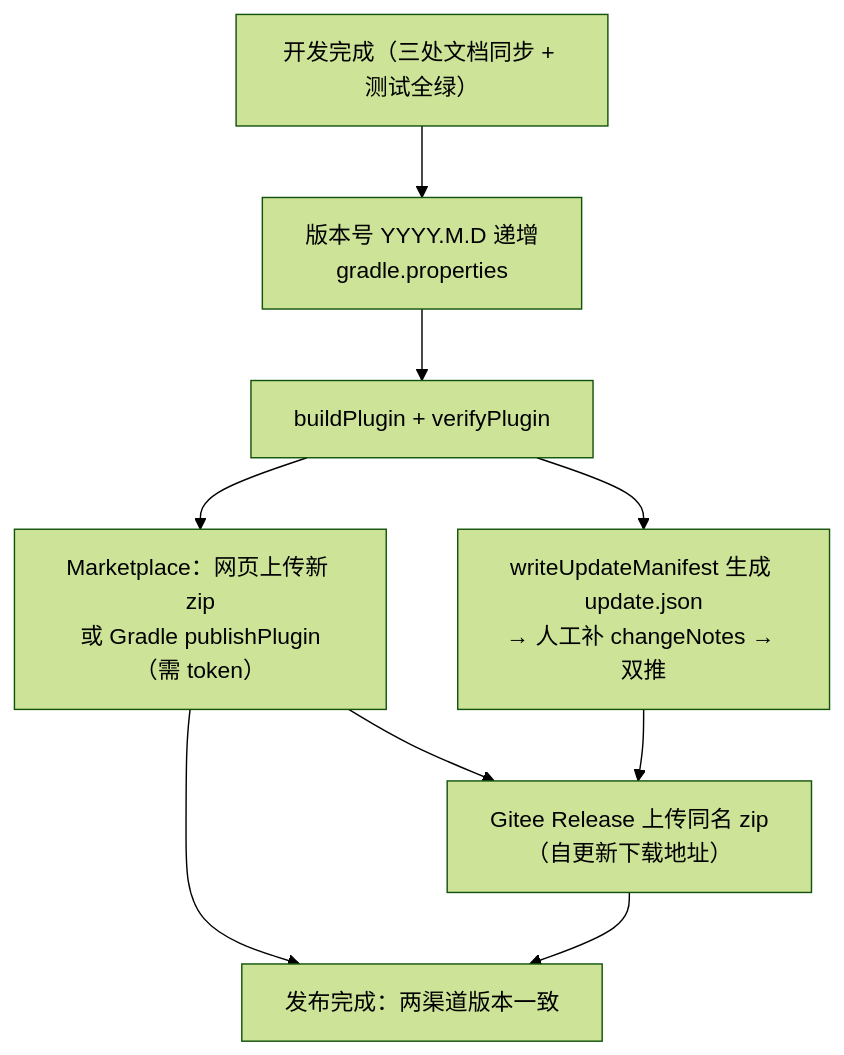
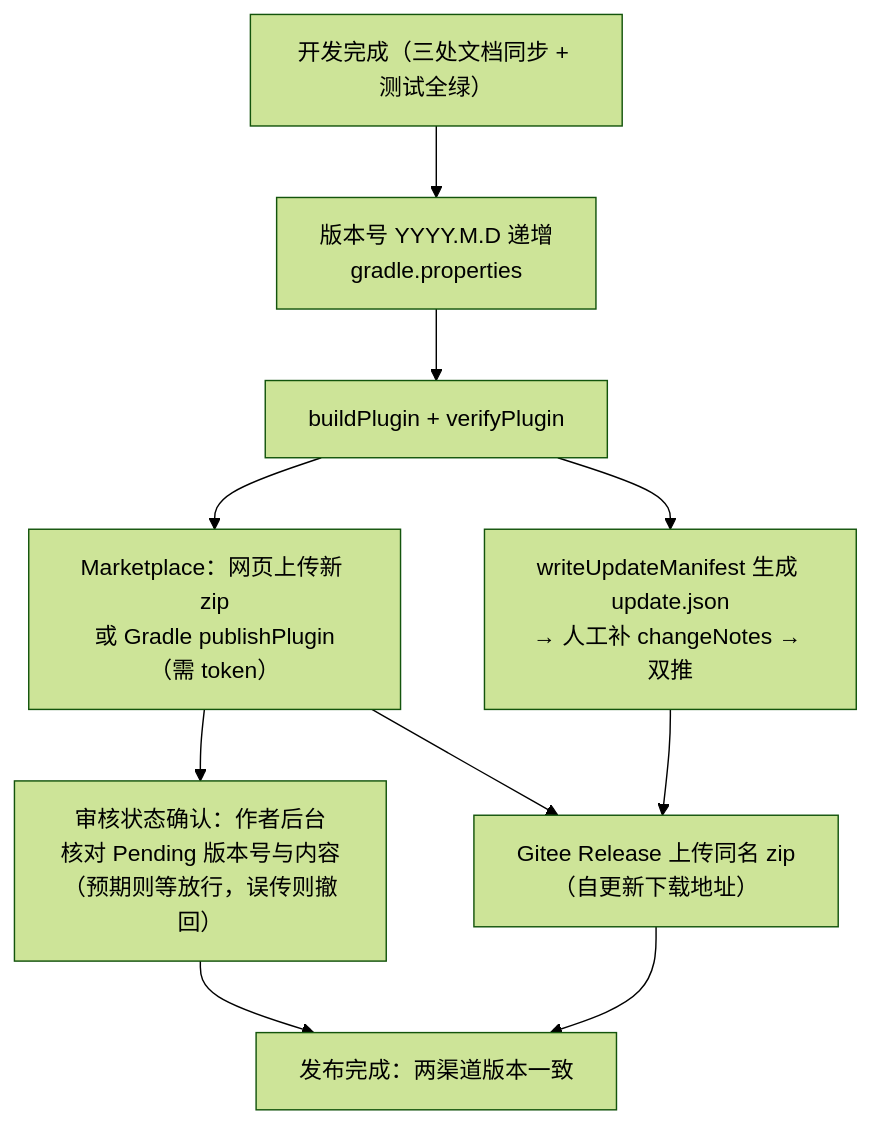
The fifth of 6 diagrams in docs/发行说明/Marketplace发布流程-说明文档.md (JayF211/mybatis-plus-sql-visualizer), drawn with Mermaid (forest theme) before and after one commit. The commit also changed other lines of this file and 5 other files, not shown here.

````diff
--- a/docs/发行说明/Marketplace发布流程-说明文档.md
+++ b/docs/发行说明/Marketplace发布流程-说明文档.md
@@ -272,11 +272,12 @@
 ```mermaid
 flowchart TD
     DEV["开发完成（三处文档同步 + 测试全绿）"] --> V["版本号 YYYY.M.D 递增<br/>gradle.properties"]
     V --> B["buildPlugin + verifyPlugin"]
     B --> M["Marketplace：网页上传新 zip<br/>或 Gradle publishPlugin（需 token）"]
     B --> U["writeUpdateManifest 生成 update.json<br/>→ 人工补 changeNotes → 双推"]
+    M --> CH["审核状态确认：作者后台<br/>核对 Pending 版本号与内容<br/>（预期则等放行，误传则撤回）"]
     M --> R["Gitee Release 上传同名 zip<br/>（自更新下载地址）"]
     U --> R
-    M --> DONE["发布完成：两渠道版本一致"]
+    CH --> DONE["发布完成：两渠道版本一致"]
     R --> DONE
 ```
````
